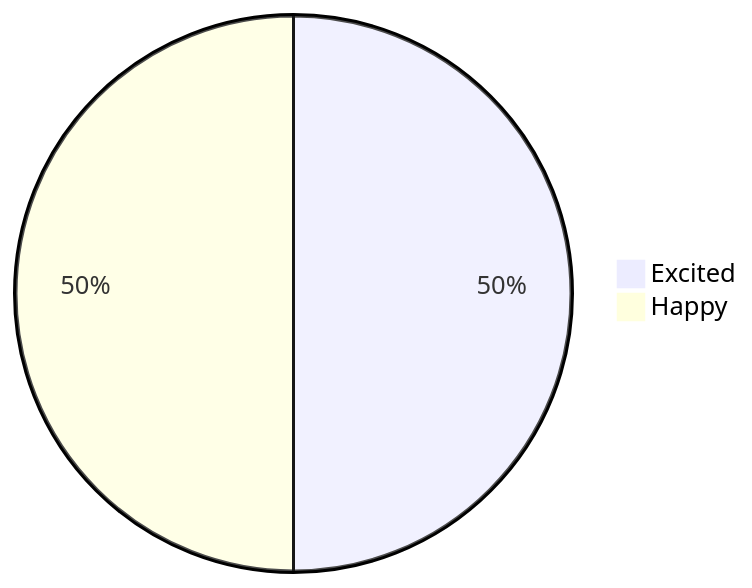
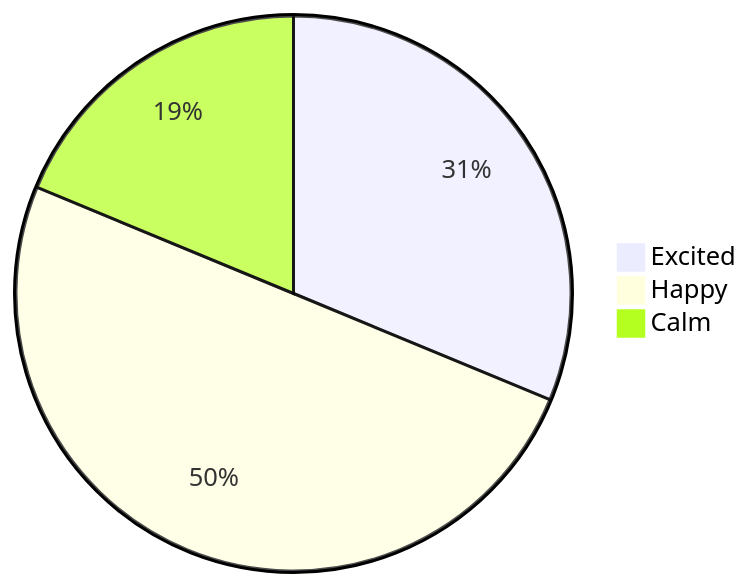
Before and after one commit to S4-Smart-mobile/S4-Smart-Mobile: the eighth of 17 diagrams in documentation/interviews-surveys/mood-mental-health-survey-V2.md, drawn with Mermaid. The commit also changed other lines of this file, not shown here.

````diff
--- a/documentation/interviews-surveys/mood-mental-health-survey-V2.md
+++ b/documentation/interviews-surveys/mood-mental-health-survey-V2.md
@@ -144,5 +173,6 @@
 ```mermaid
 pie
-"Excited": 1
-"Happy": 1
+"Excited": 5
+"Happy": 8
+"Calm": 3
 ```
````
